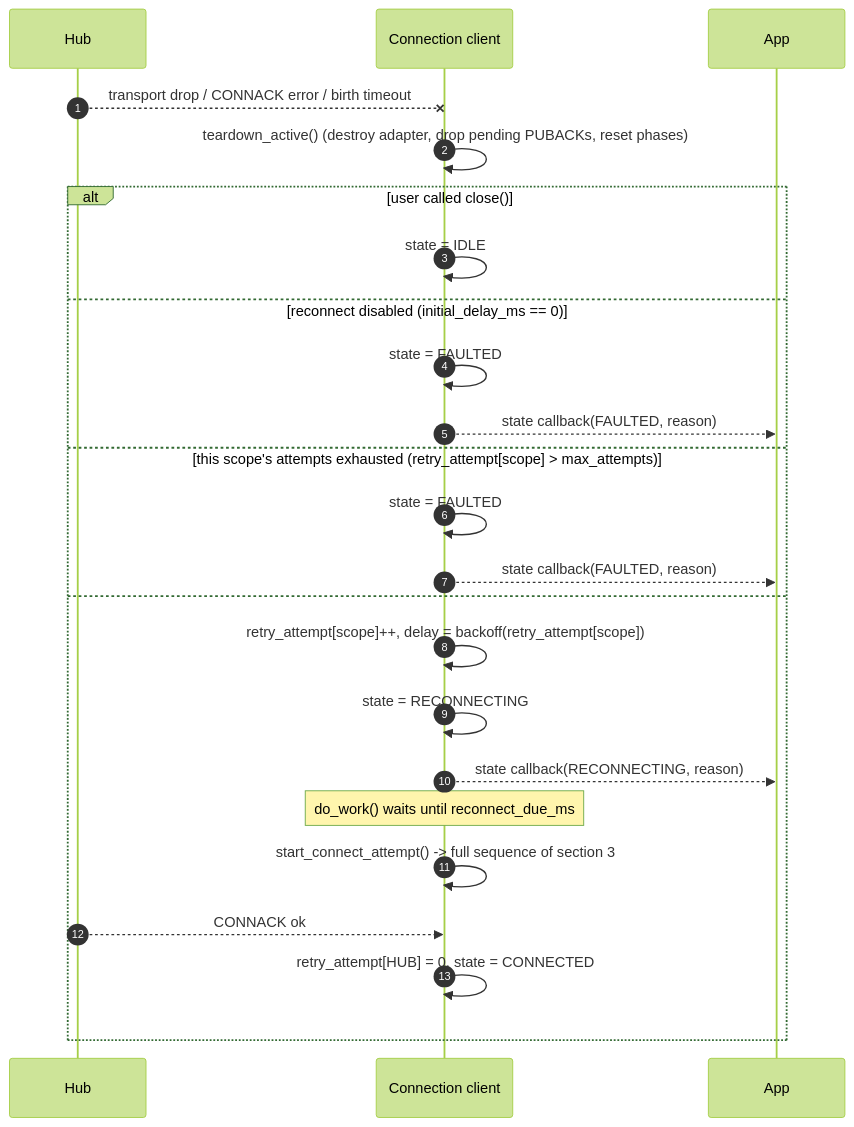
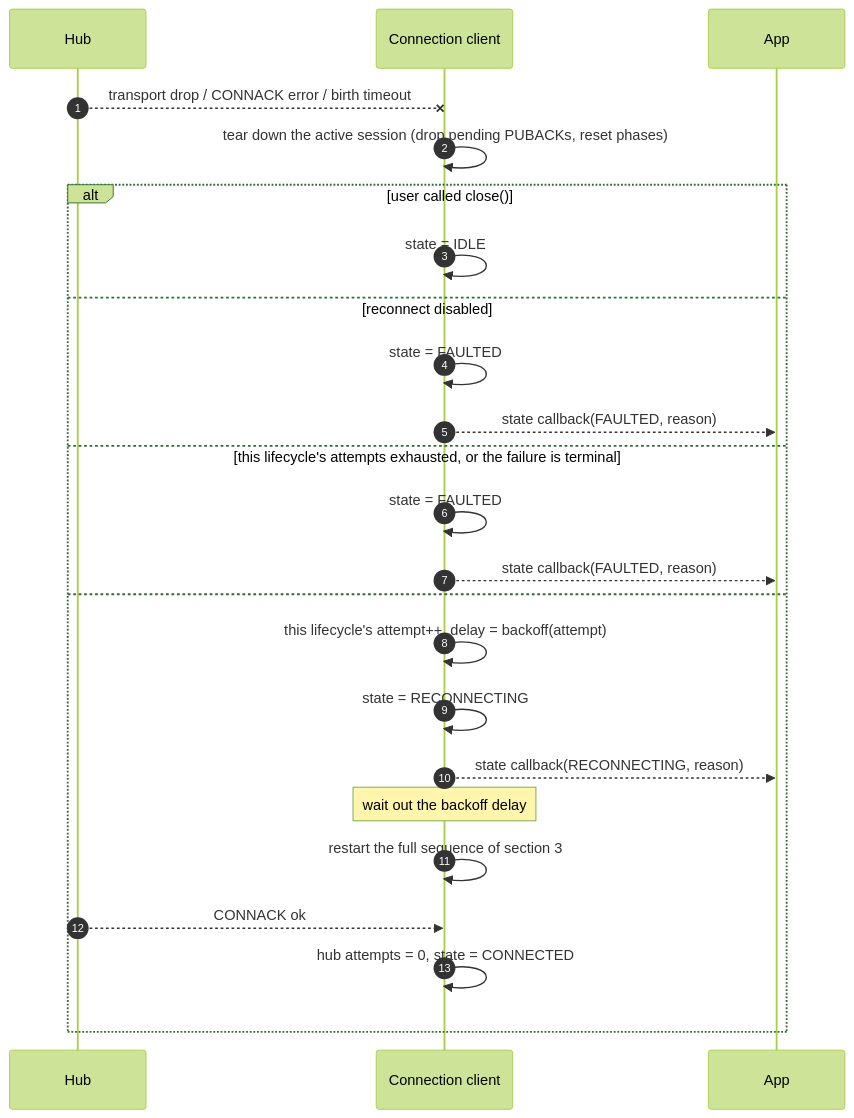
Before and after one commit to Azure/azure-iot-sdk: the fifth of 9 diagrams in c/docs/connection.md, drawn with Mermaid (forest theme). The commit also changed other lines of this file, not shown here.

First line of the commit message:
docs: language-neutral connection lifecycle contract

````diff
--- a/c/docs/connection.md
+++ b/c/docs/connection.md
@@ -328,27 +327,27 @@
 ```mermaid
 sequenceDiagram
     autonumber
     participant Hub
     participant Conn as Connection client
     participant App
 
     Hub--xConn: transport drop / CONNACK error / birth timeout
-    Conn->>Conn: teardown_active() (destroy adapter, drop pending PUBACKs, reset phases)
+    Conn->>Conn: tear down the active session (drop pending PUBACKs, reset phases)
     alt user called close()
         Conn->>Conn: state = IDLE
-    else reconnect disabled (initial_delay_ms == 0)
+    else reconnect disabled
         Conn->>Conn: state = FAULTED
         Conn-->>App: state callback(FAULTED, reason)
-    else this scope's attempts exhausted (retry_attempt[scope] > max_attempts)
+    else this lifecycle's attempts exhausted, or the failure is terminal
         Conn->>Conn: state = FAULTED
         Conn-->>App: state callback(FAULTED, reason)
     else
-        Conn->>Conn: retry_attempt[scope]++, delay = backoff(retry_attempt[scope])
+        Conn->>Conn: this lifecycle's attempt++, delay = backoff(attempt)
         Conn->>Conn: state = RECONNECTING
         Conn-->>App: state callback(RECONNECTING, reason)
-        Note over Conn: do_work() waits until reconnect_due_ms
-        Conn->>Conn: start_connect_attempt() -> full sequence of section 3
+        Note over Conn: wait out the backoff delay
+        Conn->>Conn: restart the full sequence of section 3
         Hub-->>Conn: CONNACK ok
-        Conn->>Conn: retry_attempt[HUB] = 0, state = CONNECTED
+        Conn->>Conn: hub attempts = 0, state = CONNECTED
     end
 ```
````
